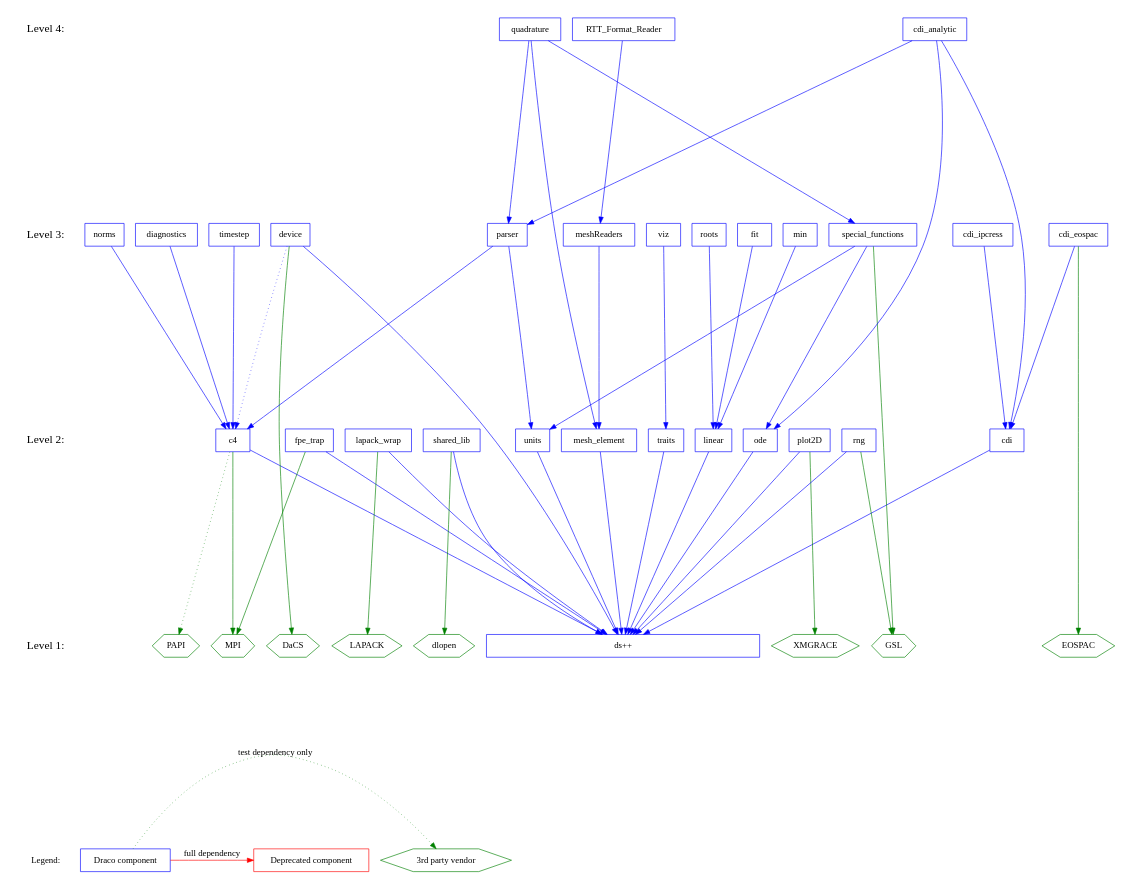
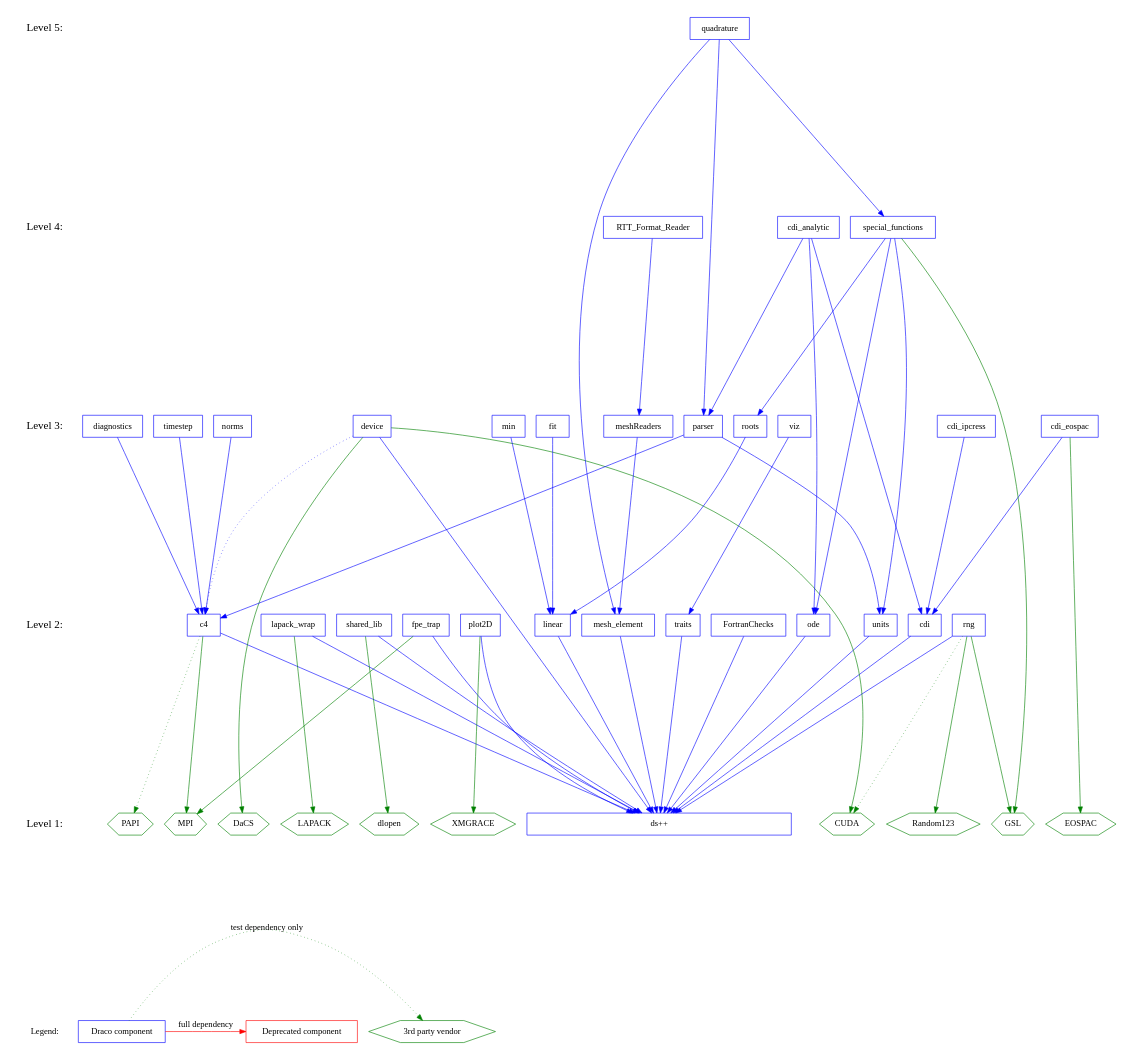
The diagram in doc/build/fig/level.dot (warsa/Draco), drawn with Graphviz before and after one commit. The commit also changed 5 other files, not shown here.

```diff
--- a/doc/build/fig/level.dot
+++ b/doc/build/fig/level.dot
@@ -1,136 +1,145 @@
 digraph draco_level {
     /* graph attributes */
     center=1;
     size="7.5,10";
     ranksep=4;
     
     /* levels */
     legend [shape=plaintext, label="Legend:", fontsize=14];
     level1 [shape=plaintext, label="Level 1:", fontsize=18];
     level2 [shape=plaintext, label="Level 2:", fontsize=18];
     level3 [shape=plaintext, label="Level 3:", fontsize=18];
     level4 [shape=plaintext, label="Level 4:", fontsize=18];
-/*     level5 [shape=plaintext, label="Level 5:", fontsize=18]; */
+    level5 [shape=plaintext, label="Level 5:", fontsize=18]; 
 /*    level6 [shape=plaintext, label="Level 6:", fontsize=18]; */
     
-    /* level6 -> level5 -> */
+    /* level6 -> */
+    level5 -> 
     level4 -> level3 -> level2 -> level1 -> legend [style=invis];
     
     /* packages */
 
     /* legend */
     leg_vendor [shape=box, label="3rd party vendor", color=green, shape=hexagon];
     leg_draco  [shape=box, label="Draco component",  color=blue,  shape=box ];
     leg_depre  [shape=box, label="Deprecated component", color=red,  shape=box ];
 
     /* level 1 */
     vdlopen    [shape=hexagon, color=green, label="dlopen"];
     veospac    [shape=hexagon, color=green, label="EOSPAC"];
     vgrace     [shape=hexagon, color=green, label="XMGRACE"];
     vlapack    [shape=hexagon, color=green, label="LAPACK"];
     vmpi       [shape=hexagon, color=green, label="MPI"];
     vdacs      [shape=hexagon, color=green, label="DaCS"];
+    vcuda      [shape=hexagon, color=green, label="CUDA"];
     vpapi      [shape=hexagon, color=green, label="PAPI"];
+    vran123    [shape=hexagon, color=green, label="Random123"];
         
     dsxx [shape=box, color=blue, label="ds++", width=6];
     
     /* level 2 */
     vgsl       [shape=hexagon, color=green, label="GSL"];
 
     c4         [shape=box, color=blue, label="c4"];
     cdi        [shape=box, color=blue, label="cdi"];
     fpetrap    [shape=box, color=blue, label="fpe_trap"];
+    fc         [shape=box, color=blue, label="FortranChecks"];
     lapack     [shape=box, color=blue, label="lapack_wrap"];
     linear     [shape=box, color=blue, label="linear"];
     meshelement [shape=box, color=blue, label="mesh_element"];
     ode        [shape=box, color=blue, label="ode"];
     plot       [shape=box, color=blue, label="plot2D"];
     rng        [shape=box, color=blue, label="rng"];
     shlib      [shape=box, color=blue, label="shared_lib"];
     traits     [shape=box, color=blue, label="traits"];
     units      [shape=box, color=blue, label="units"];
         
     /* level 3 */
     device    [shape=box, color=blue, label="device"];
     cdieos    [shape=box, color=blue, label="cdi_eospac"];
     cdiip     [shape=box, color=blue, label="cdi_ipcress"];
     diagnostics [shape=box, color=blue, label="diagnostics"];
     fit       [shape=box, color=blue, label="fit"];
     meshread  [shape=box, color=blue, label="meshReaders"];
     min       [shape=box, color=blue, label="min"];
     norms     [shape=box, color=blue, label="norms"];
     parser    [shape=box, color=blue, label="parser"];
     roots     [shape=box, color=blue, label="roots"];
-    sf        [shape=box, color=blue, label="special_functions"];
     timestep  [shape=box, color=blue, label="timestep"];
     viz       [shape=box, color=blue, label="viz"];
     
     /* level 4 */
+    sf        [shape=box, color=blue, label="special_functions"];
     cdianal   [shape=box, color=blue, label="cdi_analytic"];
+    rttread   [shape=box, color=blue, label="RTT_Format_Reader"];
+
+    /* level 5 */
     quad      [shape=box, color=blue, label="quadrature"];
-    rttread   [shape=box, color=blue, label="RTT_Format_Reader"];
+
     
     /* dependencies */
     {rank=same; legend leg_vendor leg_draco leg_depre};
     {rank=same; level1 dsxx vlapack vmpi veospac vgrace vdlopen vgsl vdacs vpapi};
     {rank=same; level2 shlib plot lapack traits c4 fpetrap units cdi ode linear};
-    {rank=same; level3 viz timestep cdieos meshread parser sf};
-    {rank=same; level4 rttread quad};
+    {rank=same; level3 viz timestep cdieos meshread parser};
+    {rank=same; level4 rttread sf};
 
 
     leg_draco -> {leg_vendor} [color=green, style=dotted, label="test dependency only"];
     leg_draco -> {leg_depre} [color=red, label="full dependency"];
     
     /* draco packages */
 
     /* NOTE:  hidden dependencies are in comments at the end of each line.
      * For example if a package depends on c4 it implicitly depends on dsxx
      * as well.  The dependency on dsxx is not shown explicitly on the
      * graph. 
     
     /* level 2 */
     c4          -> {dsxx}        [color=blue];
     c4          -> {vmpi}        [color=green];
     c4          -> {vpapi}       [color=green, style=dotted];
     cdi         -> {dsxx}        [color=blue];
+    fc          -> {dsxx}        [color=blue];
     fpetrap     -> {dsxx}        [color=blue];
     fpetrap     -> {vmpi}        [color=green];
     lapack      -> {dsxx}        [color=blue];
     lapack      -> {vlapack}     [color=green];
     linear      -> {dsxx}        [color=blue];
     meshelement -> {dsxx}        [color=blue];
     ode         -> {dsxx}        [color=blue];
     plot        -> {dsxx}        [color=blue];
     plot        -> {vgrace}      [color=green];
     rng         -> {dsxx}        [color=blue];
-    rng         -> {vgsl}        [color=green];
+    rng         -> {vgsl vran123}  [color=green];
+    rng         -> {vcuda}       [color=green, style=dotted];
     shlib       -> {dsxx}        [color=blue];
     shlib       -> {vdlopen}     [color=green];
     traits      -> {dsxx}        [color=blue];
     units       -> {dsxx}        [color=blue];
     
     /* level 3 */
     device      -> {dsxx}        [color=blue];
     device      -> {c4}          [color=blue, style=dotted];
-    device      -> {vdacs}       [color=green];
+    device      -> {vdacs vcuda} [color=green];
     cdieos      -> {cdi}         [color=blue];
     cdieos      -> {veospac}     [color=green]; 
     cdiip       -> {cdi}         [color=blue];
     diagnostics -> {c4}          [color=blue];
     fit         -> {linear}      [color=blue];
     meshread    -> {meshelement} [color=blue];
     min         -> {linear}      [color=blue];
     norms       -> {c4}          [color=blue];
     parser      -> {c4 units}    [color=blue];
     roots       -> {linear}      [color=blue];
-    sf          -> {units ode}   [color=blue];
+    sf          -> {units ode roots} [color=blue];
     sf          -> {vgsl}        [color=green];
     timestep    -> {c4}          [color=blue];
     viz         -> {traits}      [color=blue];
 
     /* level 4 */
     cdianal     -> {parser cdi ode}        [color=blue];
     quad        -> {sf meshelement parser} [color=blue];
     rttread     -> {meshread}              [color=blue];
 
 }
```
